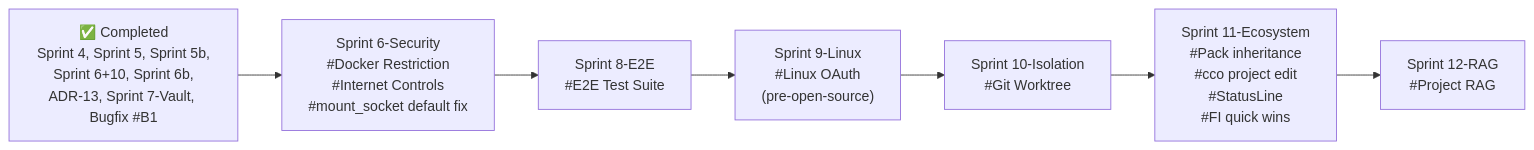
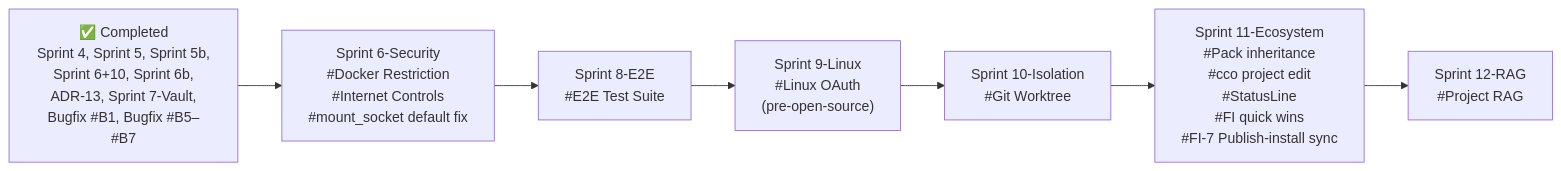
The diagram in docs/maintainer/decisions/roadmap.md (alergyonthestage/claude-orchestrator), drawn with Mermaid before and after one commit. The commit also changed other lines of this file and 1 other file, not shown here.

First line of the commit message:
docs: update roadmap with #B5–#B7 fixes and add FI-7 publish-install sync

````diff
--- a/docs/maintainer/decisions/roadmap.md
+++ b/docs/maintainer/decisions/roadmap.md
@@ -28,18 +28,18 @@
 ```mermaid
 graph LR
-    DONE["✅ Completed<br/>Sprint 4, Sprint 5, Sprint 5b,<br/>Sprint 6+10, Sprint 6b,<br/>ADR-13, Sprint 7-Vault, Bugfix #B1"]
+    DONE["✅ Completed<br/>Sprint 4, Sprint 5, Sprint 5b,<br/>Sprint 6+10, Sprint 6b,<br/>ADR-13, Sprint 7-Vault,<br/>Bugfix #B1, Bugfix #B5–#B7"]
 
     S6S["Sprint 6-Security<br/>#Docker Restriction<br/>#Internet Controls<br/>#mount_socket default fix"]
     S8E["Sprint 8-E2E<br/>#E2E Test Suite"]
     S9L["Sprint 9-Linux<br/>#Linux OAuth<br/>(pre-open-source)"]
     S10I["Sprint 10-Isolation<br/>#Git Worktree"]
-    S11E["Sprint 11-Ecosystem<br/>#Pack inheritance<br/>#cco project edit<br/>#StatusLine<br/>#FI quick wins"]
+    S11E["Sprint 11-Ecosystem<br/>#Pack inheritance<br/>#cco project edit<br/>#StatusLine<br/>#FI quick wins<br/>#FI-7 Publish-install sync"]
     S12R["Sprint 12-RAG<br/>#Project RAG"]
 
     DONE --> S6S
     S6S --> S8E
     S8E --> S9L
     S9L --> S10I
     S10I --> S11E
     S11E --> S12R
 ```
````
